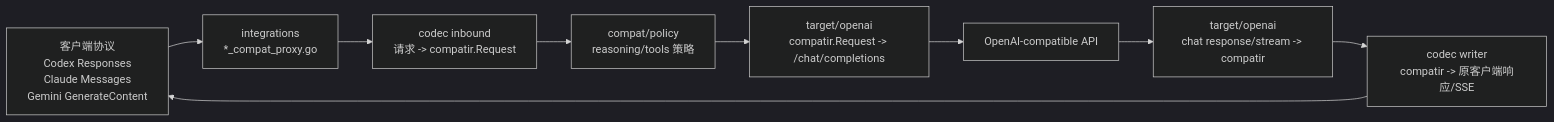
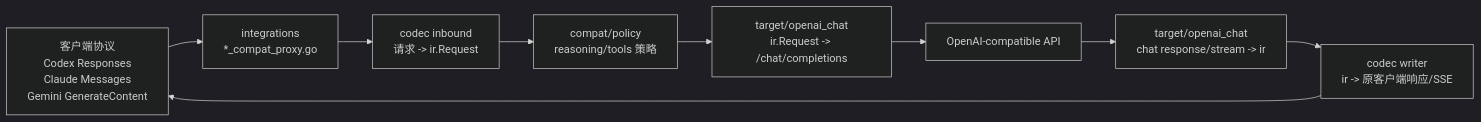
The second of 7 diagrams in docs/internal-architecture.md (zhangsanfeng1094/spark), drawn with Mermaid (dark theme) before and after one commit. The commit also changed other lines of this file and 92 other files, not shown here.

````diff
--- a/docs/internal-architecture.md
+++ b/docs/internal-architecture.md
@@ -61,14 +68,14 @@
 ```mermaid
 flowchart LR
     Client[客户端协议<br/>Codex Responses<br/>Claude Messages<br/>Gemini GenerateContent]
     Proxy[integrations<br/>*_compat_proxy.go]
-    Inbound[codec inbound<br/>请求 -> compatir.Request]
+    Inbound[codec inbound<br/>请求 -> ir.Request]
     Policy[compat/policy<br/>reasoning/tools 策略]
-    ChatOut[target/openai<br/>compatir.Request -> /chat/completions]
+    ChatOut[target/openai_chat<br/>ir.Request -> /chat/completions]
     Upstream[OpenAI-compatible API]
-    ChatIn[target/openai<br/>chat response/stream -> compatir]
-    Writer[codec writer<br/>compatir -> 原客户端响应/SSE]
+    ChatIn[target/openai_chat<br/>chat response/stream -> ir]
+    Writer[codec writer<br/>ir -> 原客户端响应/SSE]
 
     Client --> Proxy --> Inbound --> Policy --> ChatOut --> Upstream
     Upstream --> ChatIn --> Writer --> Client
 ```
````
